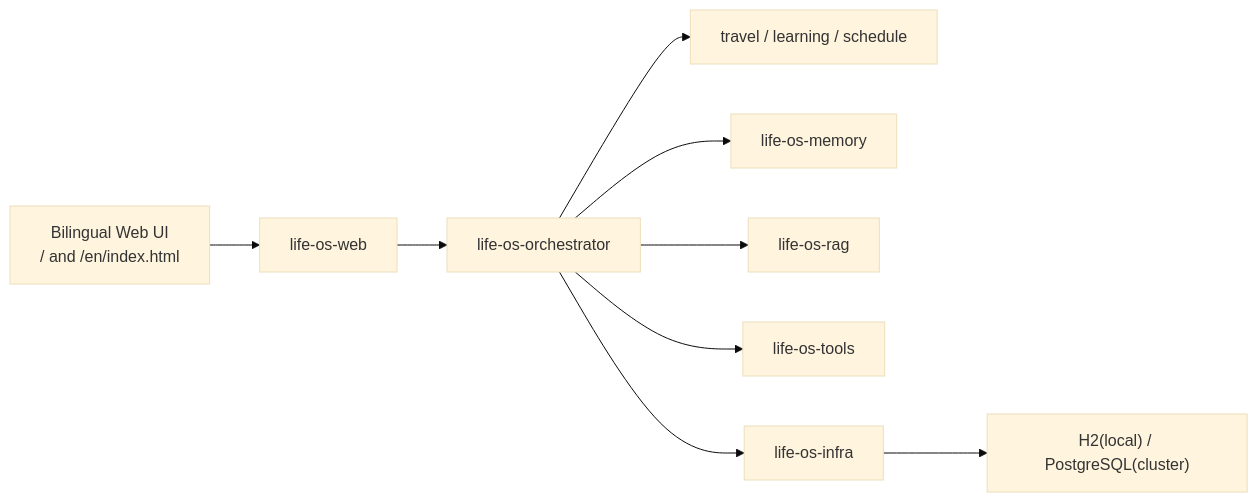
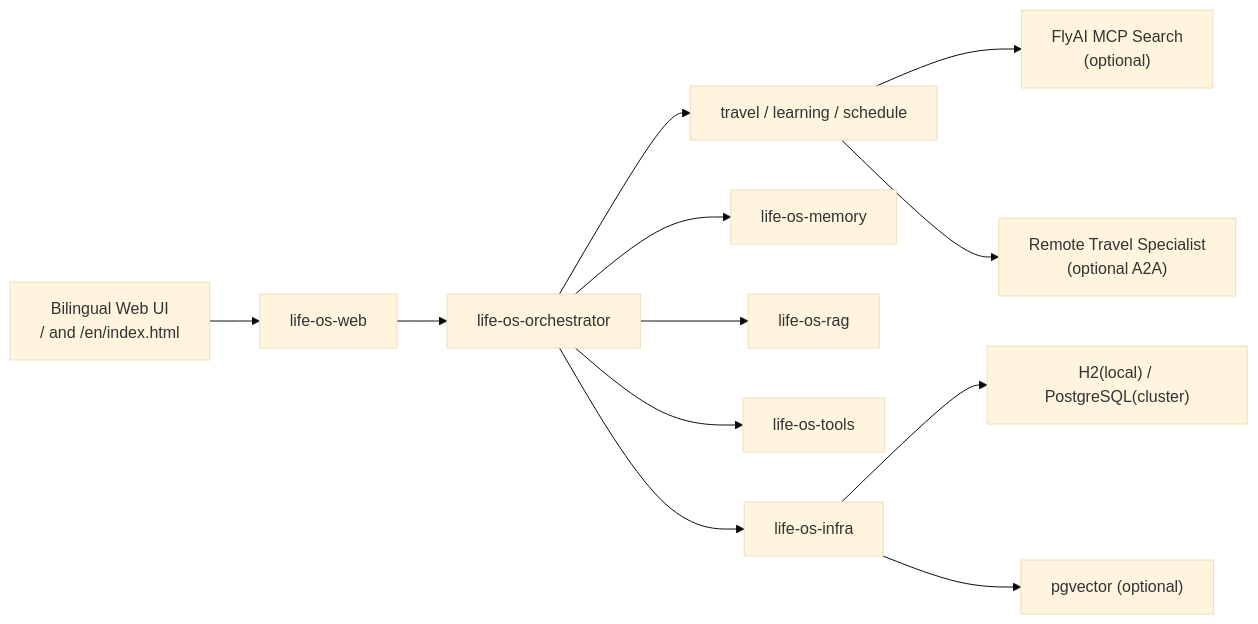
One commit to chenyuliang1996/life-os changed the first of 2 diagrams in docs/architecture.md. Above: the diagram before and after it, drawn with Mermaid (base theme). The commit also changed other lines of this file and 45 other files, not shown here.

Commit message:
feat: add hybrid rag travel search and a2a workflows

````diff
--- a/docs/architecture.md
+++ b/docs/architecture.md
@@ -16,11 +16,14 @@
 ```mermaid
 flowchart LR
     UI["Bilingual Web UI<br/>/ and /en/index.html"] --> WEB["life-os-web"]
     WEB --> ORCH["life-os-orchestrator"]
     ORCH --> AGENTS["travel / learning / schedule"]
+    AGENTS --> FLY["FlyAI MCP Search<br/>(optional)"]
+    AGENTS --> A2A["Remote Travel Specialist<br/>(optional A2A)"]
     ORCH --> MEMORY["life-os-memory"]
     ORCH --> RAG["life-os-rag"]
     ORCH --> TOOLS["life-os-tools"]
     ORCH --> INFRA["life-os-infra"]
     INFRA --> DB["H2(local) / PostgreSQL(cluster)"]
+    INFRA --> VDB["pgvector (optional)"]
 ```
````
